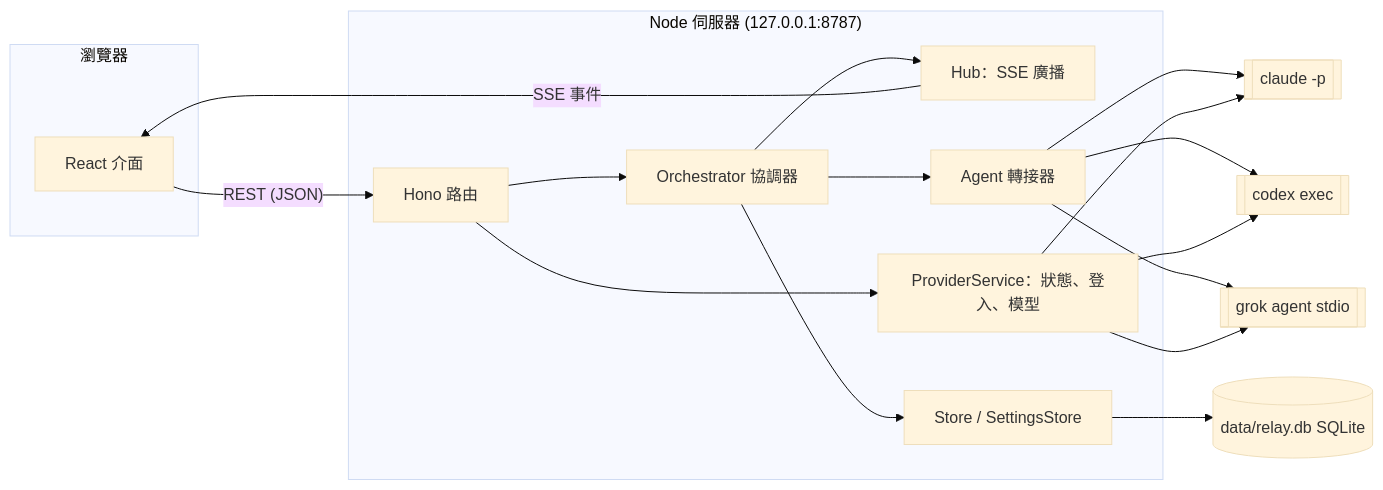
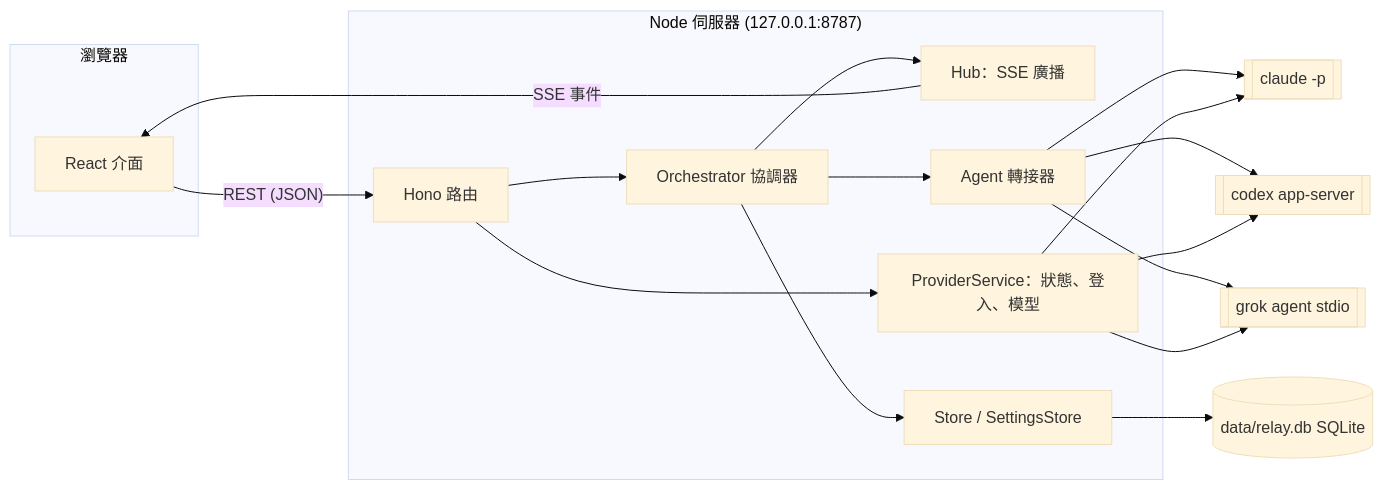
One commit to Agentic-System-Lab/harness-relay changed the diagram in docs/architecture.zh-TW.md. Above: the diagram before and after it, drawn with Mermaid (base theme). The commit also changed other lines of this file and 57 other files, not shown here.

````diff
--- a/docs/architecture.zh-TW.md
+++ b/docs/architecture.zh-TW.md
@@ -12,29 +12,29 @@
 ```mermaid
 flowchart LR
   subgraph Browser["瀏覽器"]
     UI[React 介面]
   end
   subgraph Server["Node 伺服器 (127.0.0.1:8787)"]
     API[Hono 路由]
     ORCH[Orchestrator 協調器]
     HUB[Hub：SSE 廣播]
     STORE[Store / SettingsStore]
     PROV[ProviderService：狀態、登入、模型]
     RUN[Agent 轉接器]
   end
   DB[(data/relay.db SQLite)]
   CLAUDE[[claude -p]]
-  CODEX[[codex exec]]
+  CODEX[[codex app-server]]
   GROK[[grok agent stdio]]
 
   UI -- REST (JSON) --> API
   HUB -- SSE 事件 --> UI
   API --> ORCH
   API --> PROV
   ORCH --> RUN
   ORCH --> HUB
   ORCH --> STORE
   STORE --> DB
   RUN --> CLAUDE & CODEX & GROK
   PROV --> CLAUDE & CODEX & GROK
 ```
````
